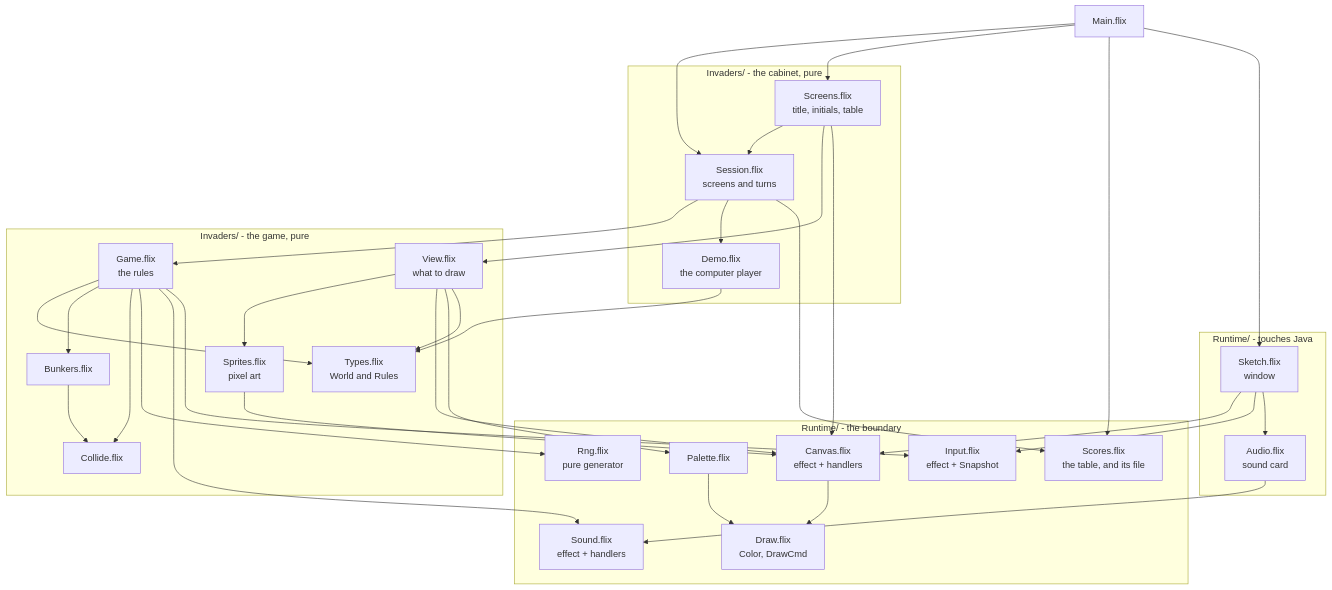
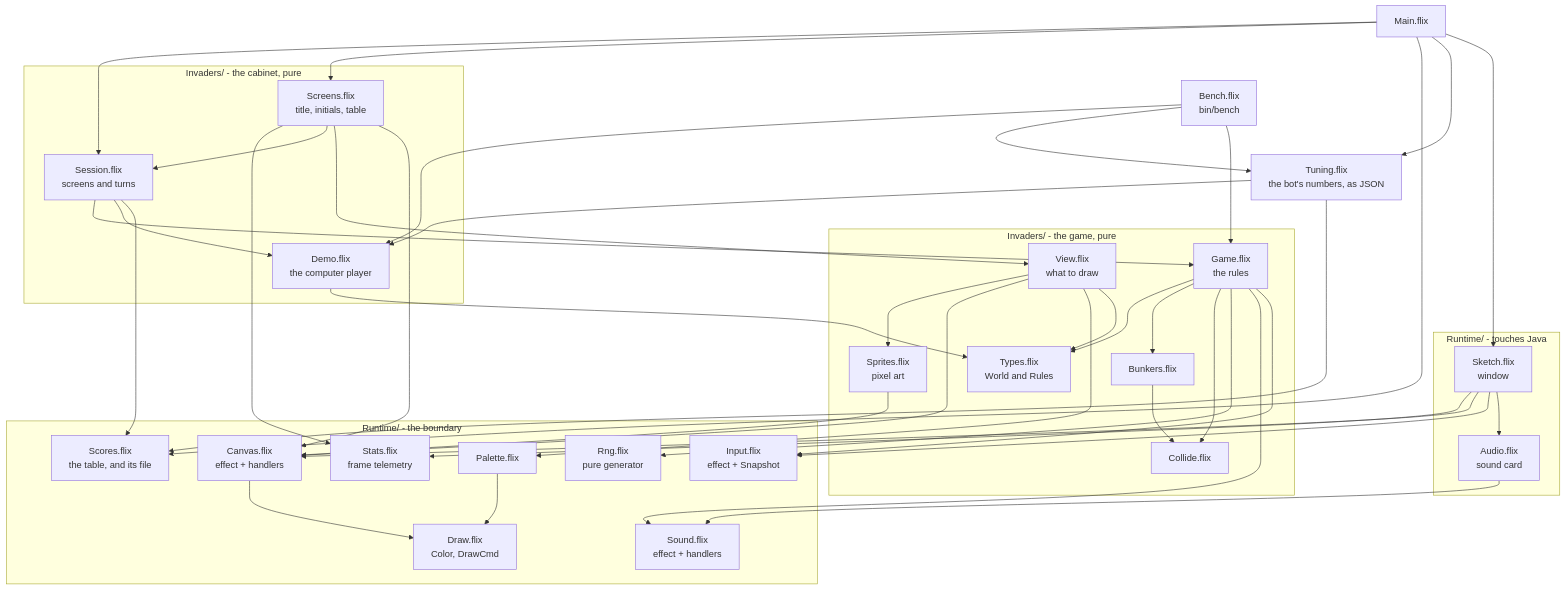
One commit to wstein/flix-invaders changed the first of 5 diagrams in docs/ARCHITECTURE.md. Above: the diagram before and after it, drawn with Mermaid. The commit also changed other lines of this file and 2 other files, not shown here.

````diff
--- a/docs/ARCHITECTURE.md
+++ b/docs/ARCHITECTURE.md
@@ -16,69 +16,81 @@
 ```mermaid
 flowchart TD
     Main[Main.flix]
 
     subgraph cabinet["Invaders/ - the cabinet, pure"]
         Session[Session.flix<br>screens and turns]
         Screens[Screens.flix<br>title, initials, table]
         Demo[Demo.flix<br>the computer player]
     end
 
     subgraph invaders["Invaders/ - the game, pure"]
         Game[Game.flix<br>the rules]
         View[View.flix<br>what to draw]
         Types[Types.flix<br>World and Rules]
         Bunkers[Bunkers.flix]
         Collide[Collide.flix]
         Sprites[Sprites.flix<br>pixel art]
     end
 
     subgraph runtime["Runtime/ - the boundary"]
         Canvas[Canvas.flix<br>effect + handlers]
         Input[Input.flix<br>effect + Snapshot]
         Sound[Sound.flix<br>effect + handlers]
         Scores[Scores.flix<br>the table, and its file]
+        Stats[Stats.flix<br>frame telemetry]
         Draw["Draw.flix<br>Color, DrawCmd"]
         Palette[Palette.flix]
         Rng[Rng.flix<br>pure generator]
     end
 
     subgraph edge["Runtime/ - touches Java"]
         Sketch[Sketch.flix<br>window]
         Audio[Audio.flix<br>sound card]
     end
 
     Main --> Session
     Main --> Screens
     Main --> Scores
+    Main --> Tuning
     Main --> Sketch
+
+    Tuning[Tuning.flix<br>the bot's numbers, as JSON]
+    Bench[Bench.flix<br>bin/bench]
+    Tuning --> Demo
+    Tuning --> Scores
+    Bench --> Tuning
+    Bench --> Game
+    Bench --> Demo
+    Screens --> Stats
+    Sketch --> Stats
 
     Session --> Game
     Session --> Demo
     Session --> Scores
     Screens --> Session
     Screens --> View
     Screens --> Canvas
     Demo --> Types
 
     Game --> Types
     Game --> Bunkers
     Game --> Collide
     Game --> Rng
     Game --> Sound
     Game --> Input
 
     View --> Sprites
     View --> Canvas
     View --> Palette
     View --> Types
 
     Bunkers --> Collide
     Sprites --> Canvas
     Canvas --> Draw
     Palette --> Draw
 
     Sketch --> Canvas
     Sketch --> Input
     Sketch --> Audio
     Audio --> Sound
 ```
````
